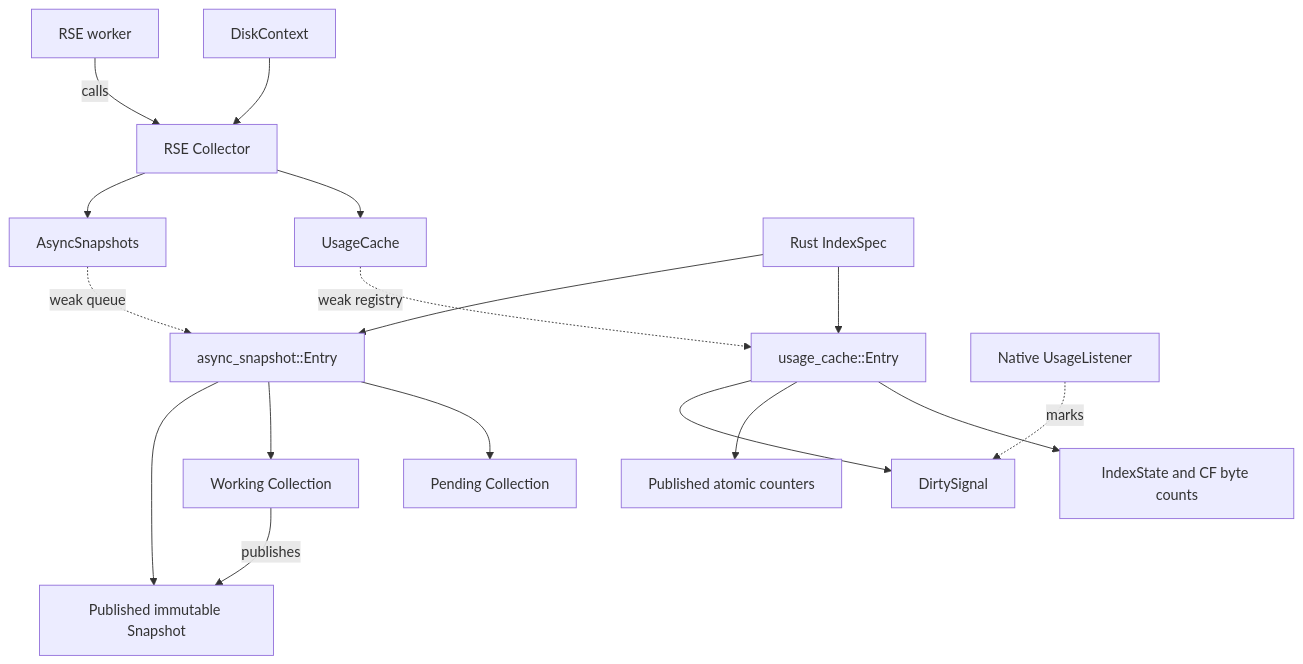
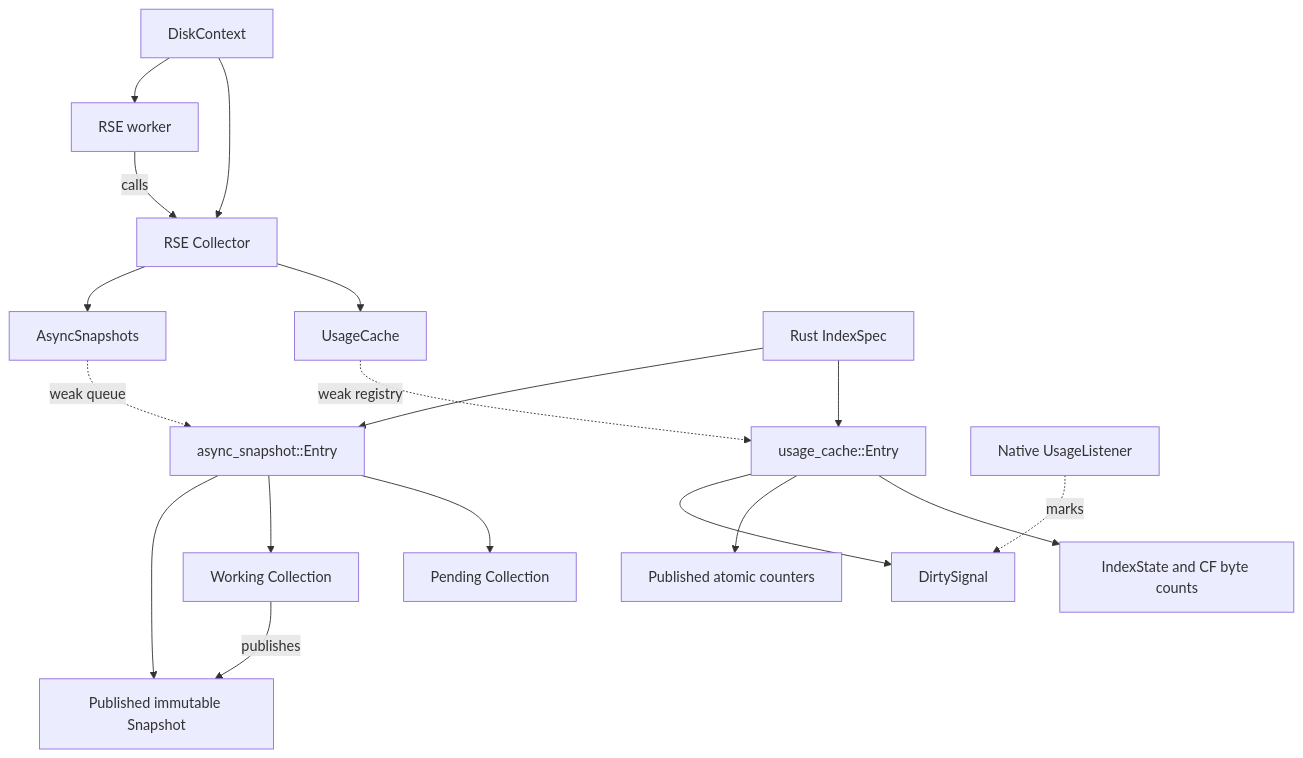
One commit to RediSearch/RediSearch changed the diagram in docs/design/mod-18033-search-only-cache.md. Above: the diagram before and after it, drawn with Mermaid. The commit also changed other lines of this file, not shown here.

Commit message:
Document RSE worker ownership and fork barrier

````diff
--- a/docs/design/mod-18033-search-only-cache.md
+++ b/docs/design/mod-18033-search-only-cache.md
@@ -99,19 +99,20 @@
 ```mermaid
 flowchart TD
     Context[DiskContext] --> Collector[RSE Collector]
+    Context --> Worker
     Worker[RSE worker] -->|calls| Collector
     Collector --> Usage[UsageCache]
     Collector --> Diagnostics[AsyncSnapshots]
     Index[Rust IndexSpec] --> UsageEntry[usage_cache::Entry]
     Index --> DE[async_snapshot::Entry]
     Usage -. weak registry .-> UsageEntry
     Diagnostics -. weak queue .-> DE
     UsageEntry --> State[IndexState and CF byte counts]
     UsageEntry --> Counters[Published atomic counters]
     DE --> Pending[Pending Collection]
     DE --> Working[Working Collection]
     DE --> Published[Published immutable Snapshot]
     Working -->|publishes| Published
     Listener[Native UsageListener] -. marks .-> Signal[DirtySignal]
     UsageEntry --> Signal
 ```
````
